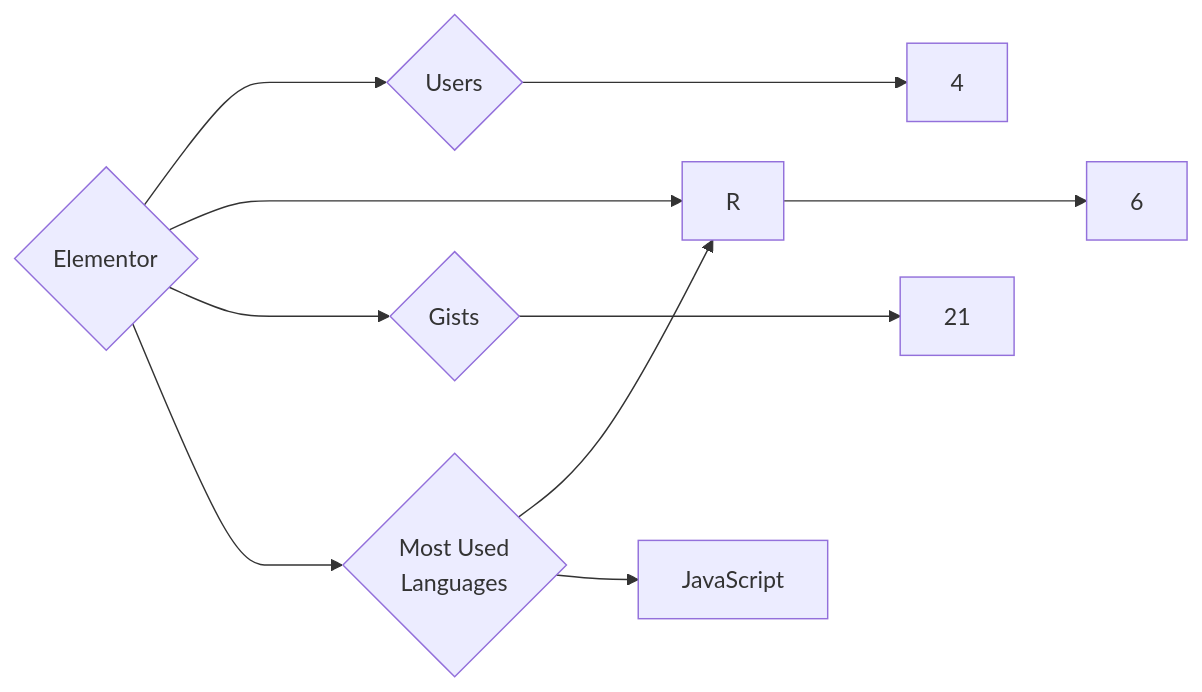
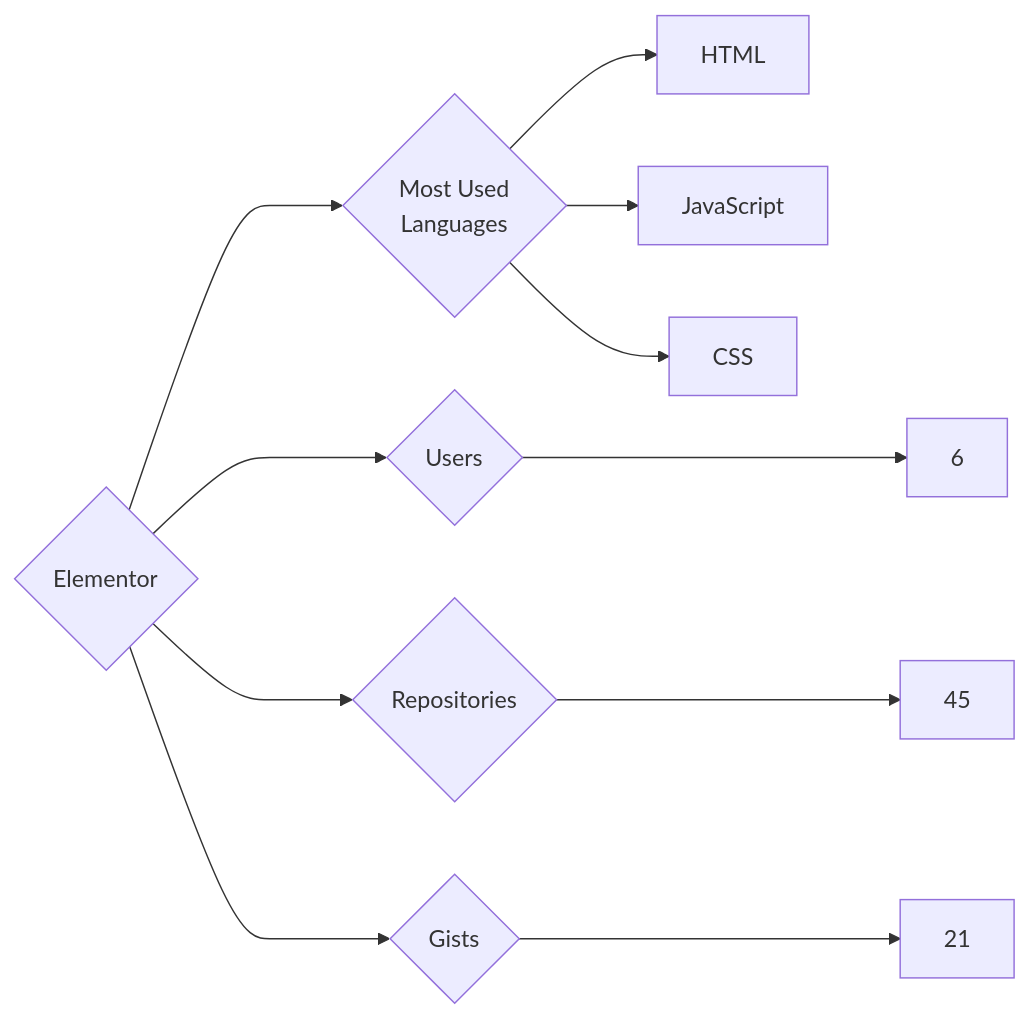
The diagram in targets/Elementor/README.md (trickest/insiders), drawn with Mermaid before and after one commit. The commit also changed 1141 other files, not shown here.

````diff
--- a/targets/Elementor/README.md
+++ b/targets/Elementor/README.md
@@ -3,10 +3,11 @@
 ```mermaid
 graph LR
 COMPANY_NAME{Elementor}
-COMPANY_NAME ---> U{Users} ---> UN[4]
-COMPANY_NAME ---> R{Repositories} ---> RN[6]
+COMPANY_NAME ---> U{Users} ---> UN[6]
+COMPANY_NAME ---> R{Repositories} ---> RN[45]
 COMPANY_NAME ---> G{Gists} ---> GN[21]
 COMPANY_NAME ---> ML{Most Used<br>Languages}
-ML --> R[R]
+ML --> HTML[HTML]
 ML --> JavaScript[JavaScript]
+ML --> CSS[CSS]
 ```
````
